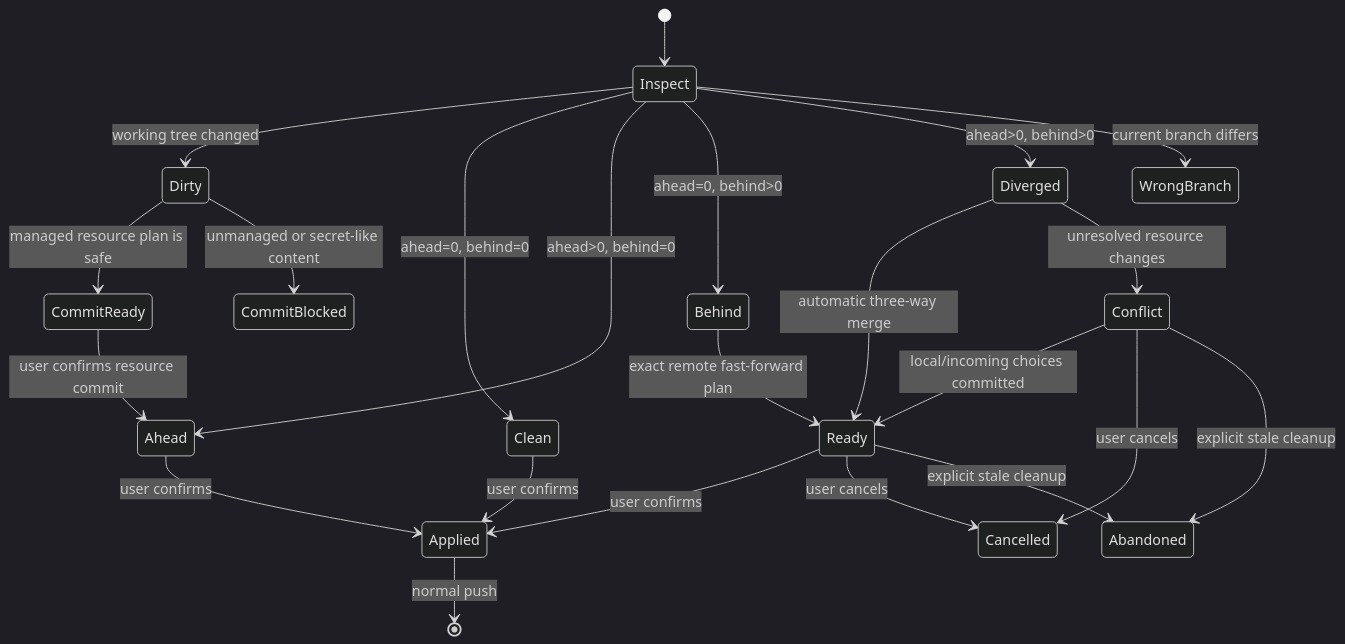
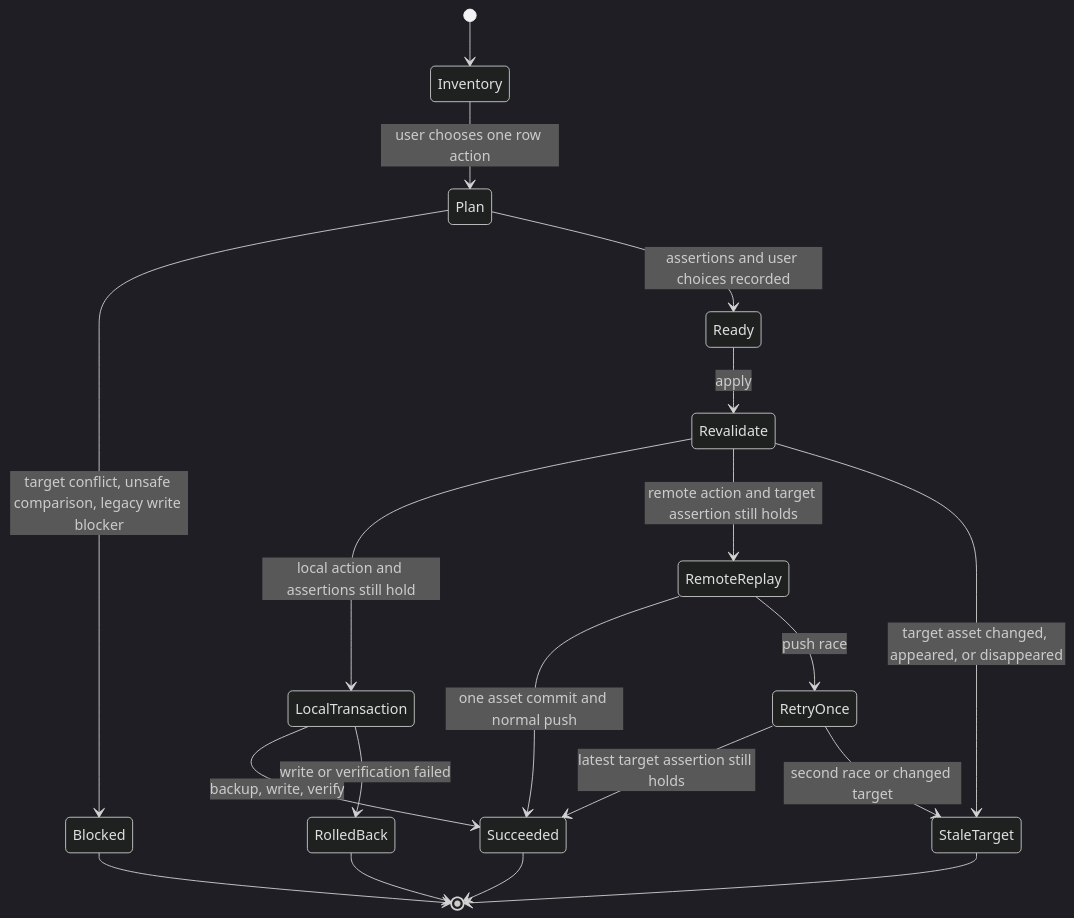
One commit to Ling-ye/cc-port changed the second of 2 diagrams in docs/architecture.md. Above: the diagram before and after it, drawn with Mermaid (dark theme). The commit also changed other lines of this file and 41 other files, not shown here.

````diff
--- a/docs/architecture.md
+++ b/docs/architecture.md
@@ -93,25 +97,21 @@
 ```mermaid
 stateDiagram-v2
-    [*] --> Inspect
-    Inspect --> Dirty: working tree changed
-    Dirty --> CommitReady: managed resource plan is safe
-    Dirty --> CommitBlocked: unmanaged or secret-like content
-    CommitReady --> Ahead: user confirms resource commit
-    Inspect --> Clean: ahead=0, behind=0
-    Inspect --> Ahead: ahead>0, behind=0
-    Inspect --> Behind: ahead=0, behind>0
-    Inspect --> Diverged: ahead>0, behind>0
-    Inspect --> WrongBranch: current branch differs
-    Behind --> Ready: exact remote fast-forward plan
-    Diverged --> Ready: automatic three-way merge
-    Diverged --> Conflict: unresolved resource changes
-    Conflict --> Ready: local/incoming choices committed
-    Ready --> Applied: user confirms
-    Ahead --> Applied: user confirms
-    Clean --> Applied: user confirms
-    Applied --> [*]: normal push
-    Conflict --> Cancelled: user cancels
-    Ready --> Cancelled: user cancels
-    Conflict --> Abandoned: explicit stale cleanup
-    Ready --> Abandoned: explicit stale cleanup
+    [*] --> Inventory
+    Inventory --> Plan: user chooses one row action
+    Plan --> Blocked: target conflict, unsafe comparison, legacy write blocker
+    Plan --> Ready: assertions and user choices recorded
+    Ready --> Revalidate: apply
+    Revalidate --> LocalTransaction: local action and assertions still hold
+    Revalidate --> RemoteReplay: remote action and target assertion still holds
+    Revalidate --> StaleTarget: target asset changed, appeared, or disappeared
+    LocalTransaction --> Succeeded: backup, write, verify
+    LocalTransaction --> RolledBack: write or verification failed
+    RemoteReplay --> Succeeded: one asset commit and normal push
+    RemoteReplay --> RetryOnce: push race
+    RetryOnce --> Succeeded: latest target assertion still holds
+    RetryOnce --> StaleTarget: second race or changed target
+    Blocked --> [*]
+    StaleTarget --> [*]
+    RolledBack --> [*]
+    Succeeded --> [*]
 ```
````
